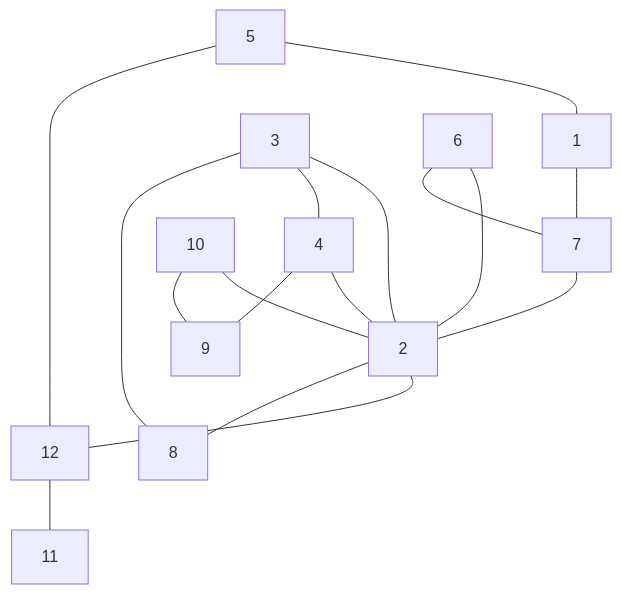
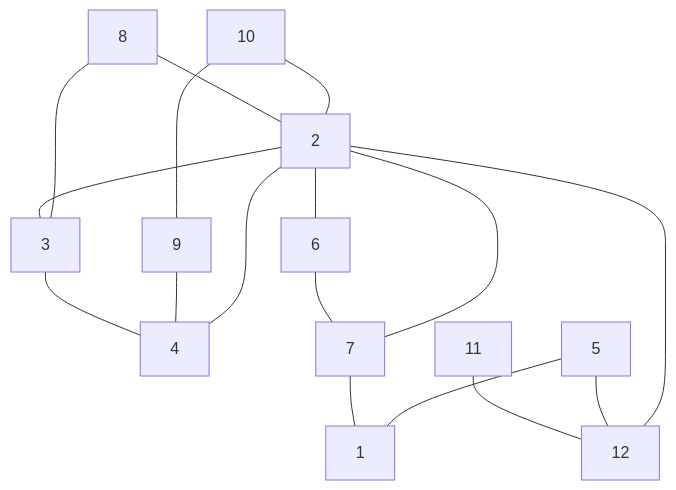
One commit to antononcube/Raku-Graph changed the diagram in README.md. Above: the diagram before and after it, drawn with Mermaid. The commit also changed other lines of this file and 1 other file, not shown here.

````diff
--- a/README.md
+++ b/README.md
@@ -156,19 +156,19 @@
 ```mermaid
 graph TD
+10 --- 2
+10 --- 9
+8 --- 3
+8 --- 2
+2 --- 4
+2 --- 3
+2 --- 6
+2 --- 7
+2 --- 12
+9 --- 4
+6 --- 7
 5 --- 1
 5 --- 12
-3 --- 2
 3 --- 4
-3 --- 8
-6 --- 2
-6 --- 7
-1 --- 7
-10 --- 2
-10 --- 9
-4 --- 2
-4 --- 9
-7 --- 2
-2 --- 12
-2 --- 8
-12 --- 11
+7 --- 1
+11 --- 12
 ```
````
